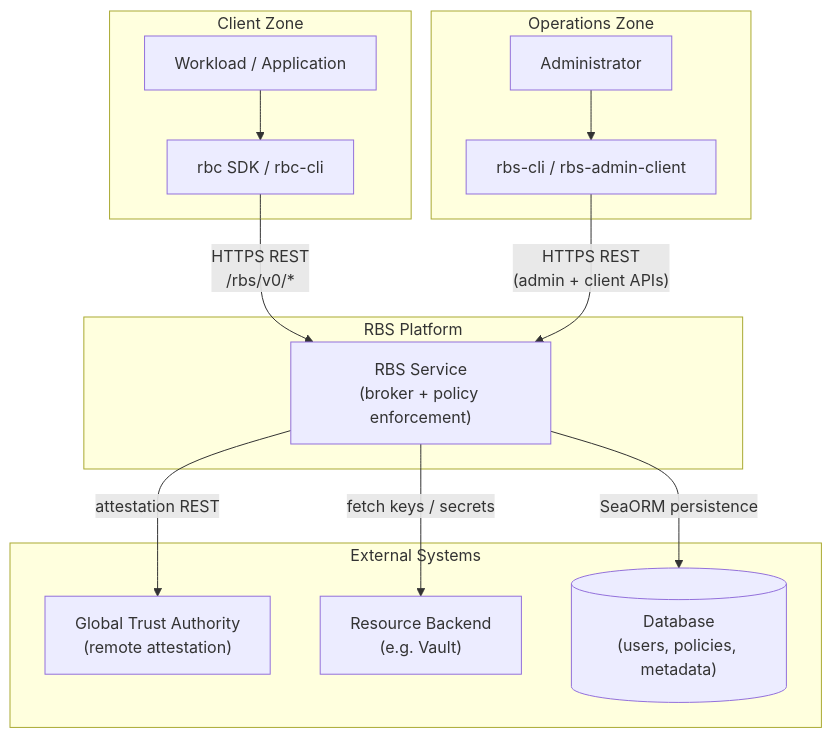
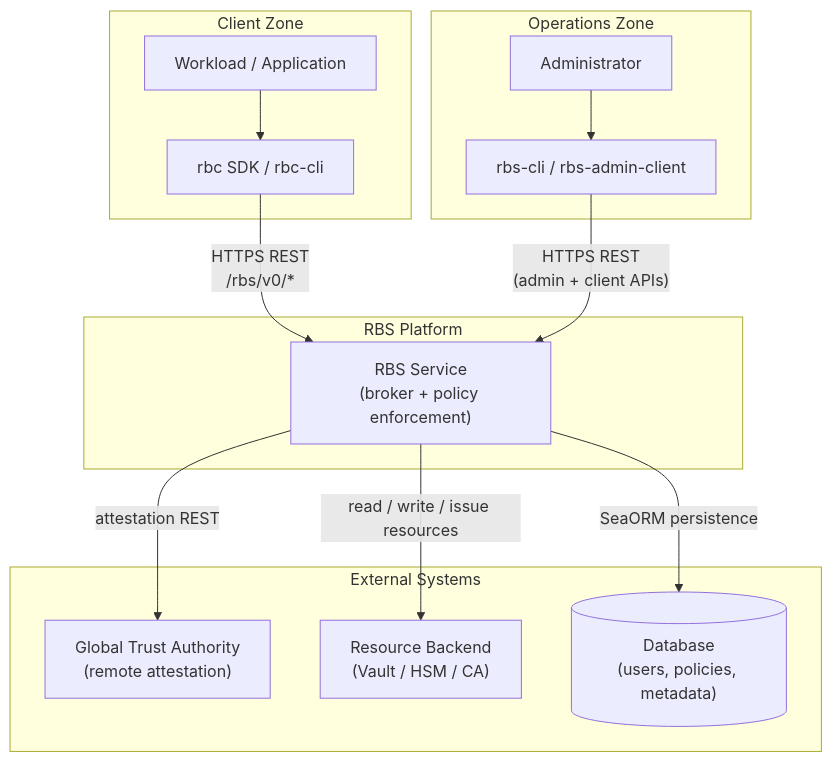
Before and after one commit to openeuler-mirror/globaltrustauthority-rbs: the first of 19 diagrams in docs/design/architecture.md, drawn with Mermaid. The commit also changed other lines of this file and 24 other files, not shown here.

````diff
--- a/docs/design/architecture.md
+++ b/docs/design/architecture.md
@@ -23,30 +23,30 @@
 ```mermaid
 flowchart TB
     subgraph clients ["Client Zone"]
         App["Workload / Application"]
         RBC["rbc SDK / rbc-cli"]
     end
 
     subgraph ops ["Operations Zone"]
         Admin["Administrator"]
         AdminCLI["rbs-cli / rbs-admin-client"]
     end
 
     subgraph rbs_platform ["RBS Platform"]
         RBS["RBS Service<br/>(broker + policy enforcement)"]
     end
 
     subgraph external ["External Systems"]
         GTA["Global Trust Authority<br/>(remote attestation)"]
-        Backend["Resource Backend<br/>(e.g. Vault)"]
+        Backend["Resource Backend<br/>(Vault / HSM / CA)"]
         DB[("Database<br/>(users, policies, metadata)")]
     end
 
     App --> RBC
     RBC -->|"HTTPS REST<br/>/rbs/v0/*"| RBS
     Admin --> AdminCLI
     AdminCLI -->|"HTTPS REST<br/>(admin + client APIs)"| RBS
     RBS -->|"attestation REST"| GTA
-    RBS -->|"fetch keys / secrets"| Backend
+    RBS -->|"read / write / issue resources"| Backend
     RBS -->|"SeaORM persistence"| DB
 ```
````
